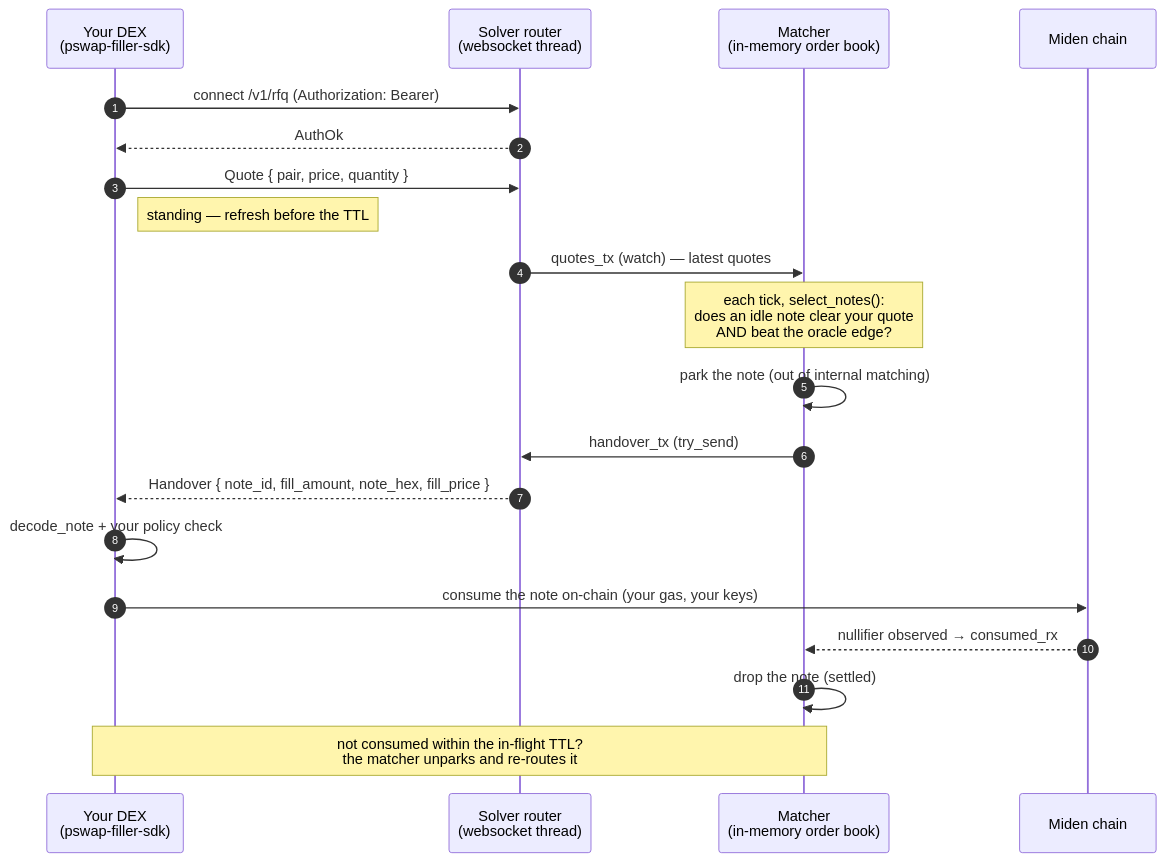
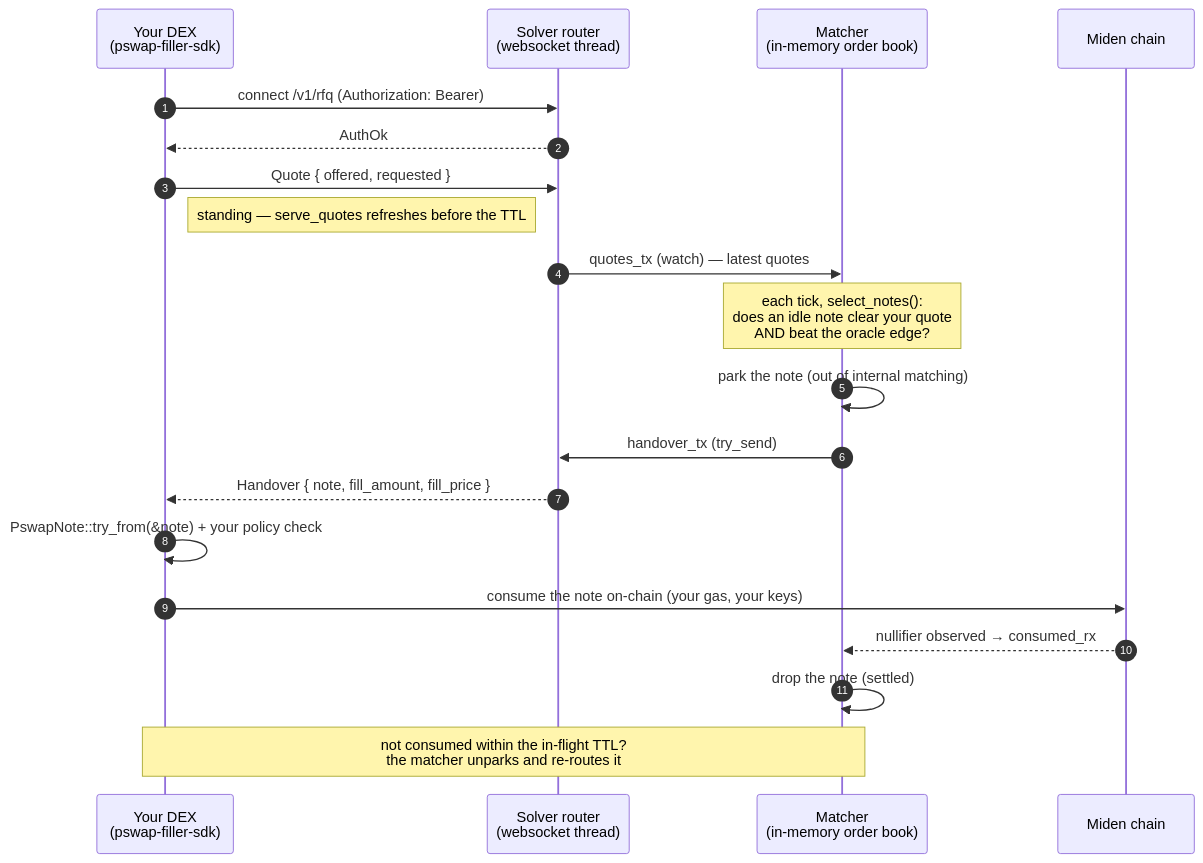
Before and after one commit to inicio-labs/solver: the diagram in docs/filler-integration.md, drawn with Mermaid. The commit also changed other lines of this file and 2 other files, not shown here.

First line of the commit message:
filler-sdk docs: update for binary protocol + serve_quotes

````diff
--- a/docs/filler-integration.md
+++ b/docs/filler-integration.md
@@ -43,23 +35,23 @@
 ```mermaid
 sequenceDiagram
     autonumber
     participant D as Your DEX<br/>(pswap-filler-sdk)
     participant R as Solver router<br/>(websocket thread)
     participant M as Matcher<br/>(in-memory order book)
     participant C as Miden chain
 
     D->>R: connect /v1/rfq (Authorization: Bearer)
     R-->>D: AuthOk
-    D->>R: Quote { pair, price, quantity }
-    Note right of D: standing — refresh before the TTL
+    D->>R: Quote { offered, requested }
+    Note right of D: standing — serve_quotes refreshes before the TTL
     R->>M: quotes_tx (watch) — latest quotes
     Note over M: each tick, select_notes():<br/>does an idle note clear your quote<br/>AND beat the oracle edge?
     M->>M: park the note (out of internal matching)
     M->>R: handover_tx (try_send)
-    R-->>D: Handover { note_id, fill_amount, note_hex, fill_price }
-    D->>D: decode_note + your policy check
+    R-->>D: Handover { note, fill_amount, fill_price }
+    D->>D: PswapNote::try_from(&note) + your policy check
     D->>C: consume the note on-chain (your gas, your keys)
     C-->>M: nullifier observed → consumed_rx
     M->>M: drop the note (settled)
     Note over D,M: not consumed within the in-flight TTL?<br/>the matcher unparks and re-routes it
 ```
````
